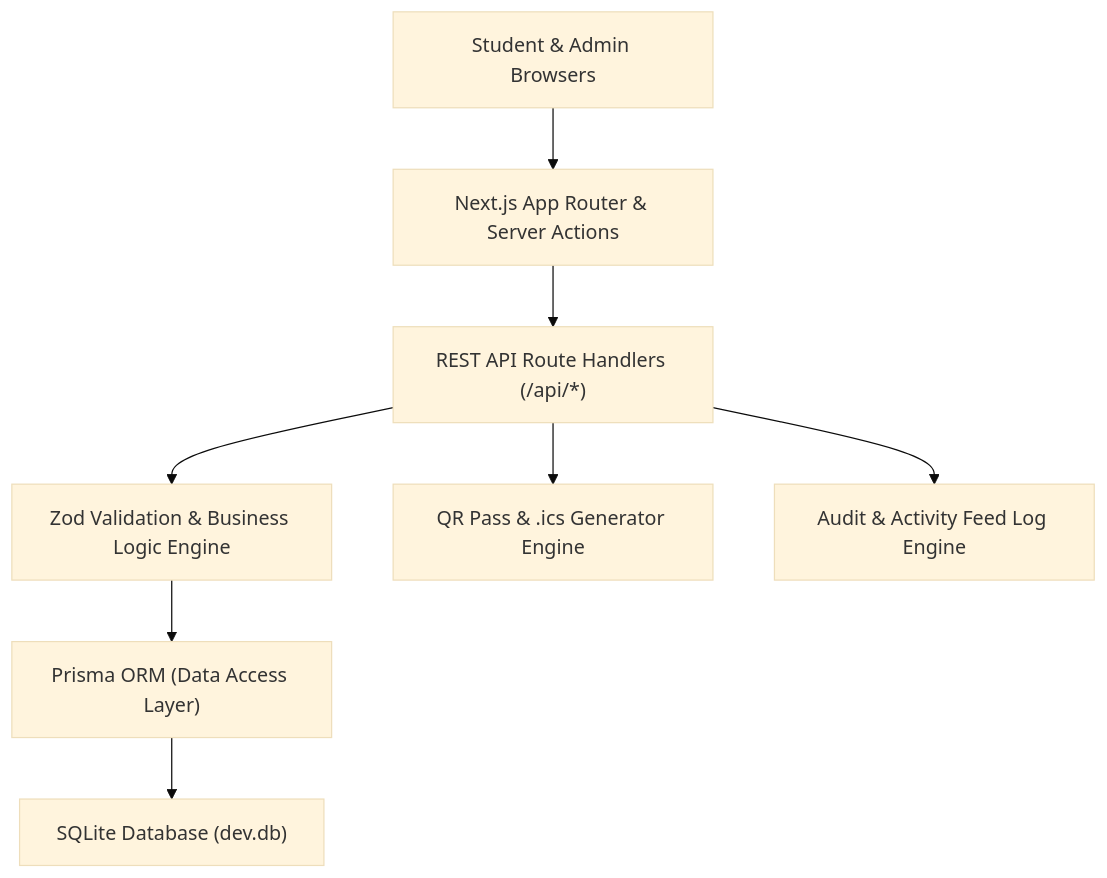
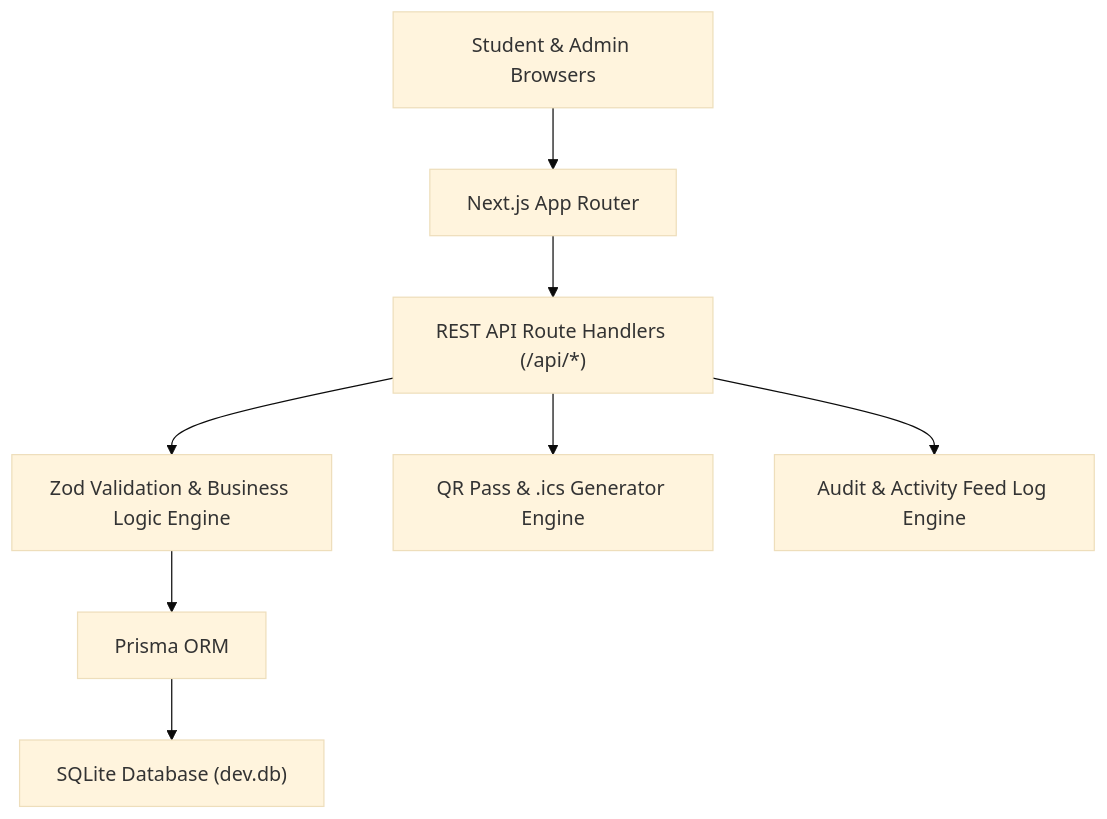
The diagram in docs/ARCHITECTURE.md (pradeeptodixit/Campus-Orbit), drawn with Mermaid (base theme) before and after one commit. The commit also changed other lines of this file and 12 other files, not shown here.

````diff
--- a/docs/ARCHITECTURE.md
+++ b/docs/ARCHITECTURE.md
@@ -7,11 +13,11 @@
 ```mermaid
 flowchart TD
-    Client["Student & Admin Browsers"] --> NextRouter["Next.js App Router & Server Actions"]
+    Client["Student & Admin Browsers"] --> NextRouter["Next.js App Router"]
     NextRouter --> API["REST API Route Handlers (/api/*)"]
     API --> Zod["Zod Validation & Business Logic Engine"]
-    Zod --> Prisma["Prisma ORM (Data Access Layer)"]
+    Zod --> Prisma["Prisma ORM"]
     Prisma --> SQLite["SQLite Database (dev.db)"]
     
     API --> QRPass["QR Pass & .ics Generator Engine"]
     API --> AuditLog["Audit & Activity Feed Log Engine"]
 ```
````
